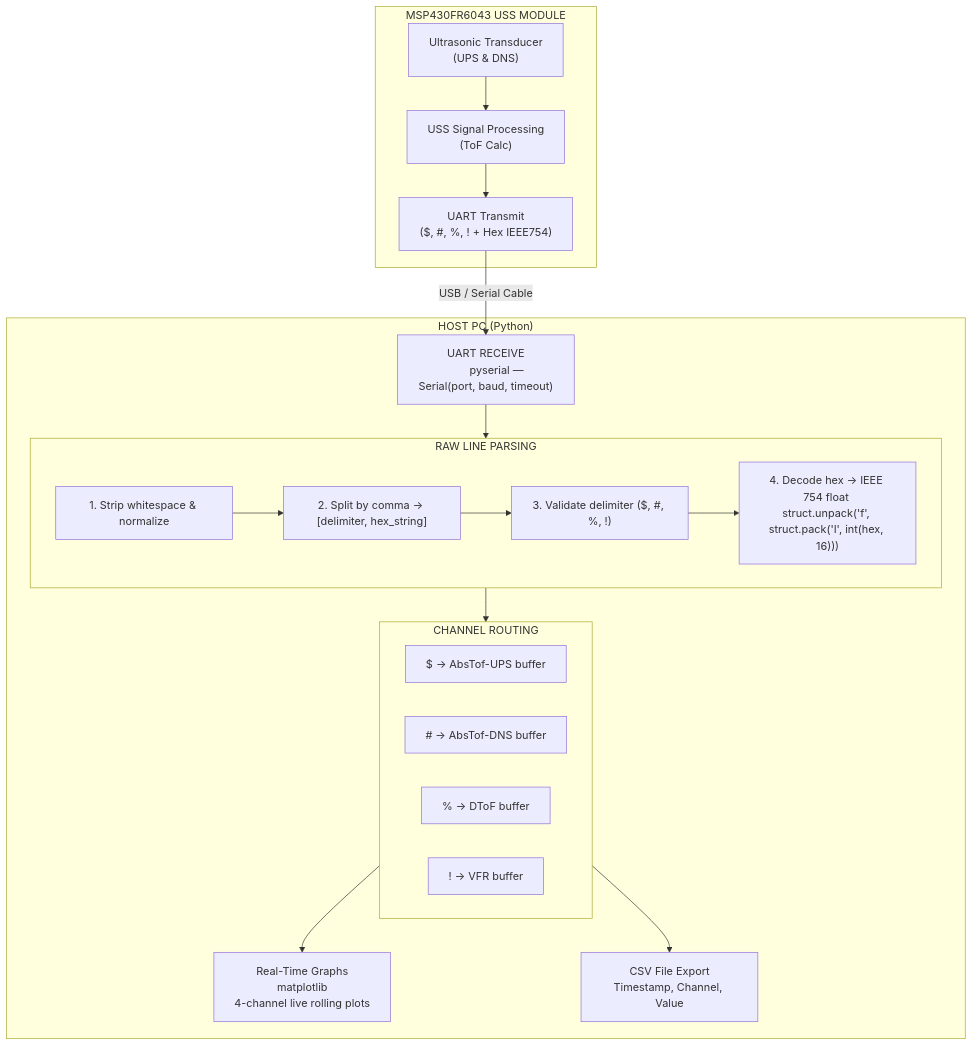
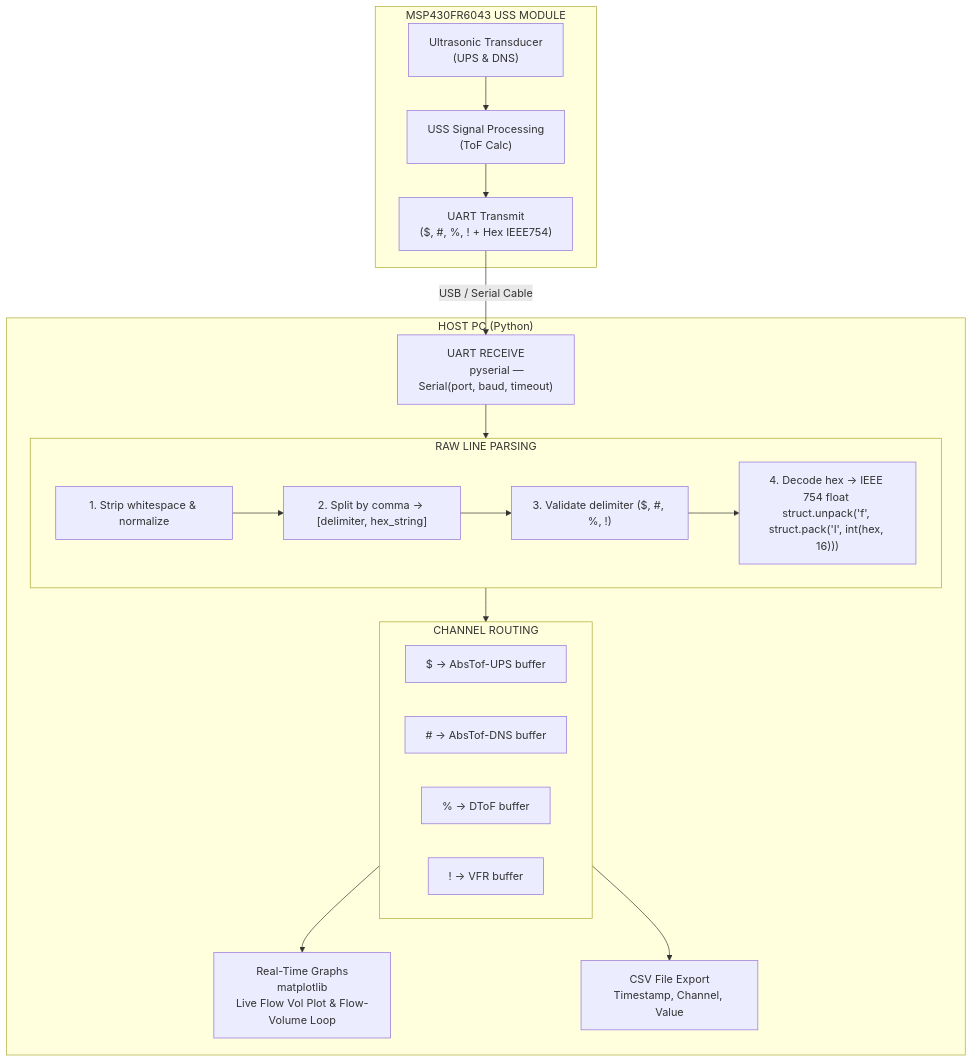
One commit to Sasanka-29/MSP430FR6043-USS changed the first of 2 diagrams in UART/README.md. Above: the diagram before and after it, drawn with Mermaid. The commit also changed other lines of this file, not shown here.

````diff
--- a/UART/README.md
+++ b/UART/README.md
@@ -105,43 +105,43 @@
 ```mermaid
 
 flowchart TD
 subgraph MSP["MSP430FR6043 USS MODULE"]
 UT["Ultrasonic Transducer
 (UPS & DNS)"]
 SP["USS Signal Processing
 (ToF Calc)"]
 TX["UART Transmit
 ($, #, %, ! + Hex IEEE754)"]
 UT --> SP --> TX
 end
 
     TX -->|"USB / Serial Cable"| RX
 
     subgraph PC["HOST PC (Python)"]
         RX["UART RECEIVE
         pyserial — Serial(port, baud, timeout)"]
 
         subgraph PARSE["RAW LINE PARSING"]
             P1["1. Strip whitespace & normalize"]
             P2["2. Split by comma → [delimiter, hex_string]"]
             P3["3. Validate delimiter ($, #, %, !)"]
             P4["4. Decode hex → IEEE 754 float struct.unpack('f', struct.pack('I', int(hex, 16)))"]
             P1 --> P2 --> P3 --> P4
         end
 
         subgraph ROUTE["CHANNEL ROUTING"]
             R1["$ → AbsTof-UPS buffer"]
             R2["# → AbsTof-DNS buffer"]
             R3["% → DToF buffer"]
             R4["! → VFR buffer"]
         end
 
-        GRAPH["Real-Time Graphs\nmatplotlib\n4-channel live rolling plots"]
+GRAPH["Real-Time Graphs\nmatplotlib\nLive Flow Vol Plot & Flow-Volume Loop"]
         CSV["CSV File Export\nTimestamp, Channel, Value"]
 
         RX --> PARSE --> ROUTE
         ROUTE --> GRAPH
         ROUTE --> CSV
     end
 
 ```
````
